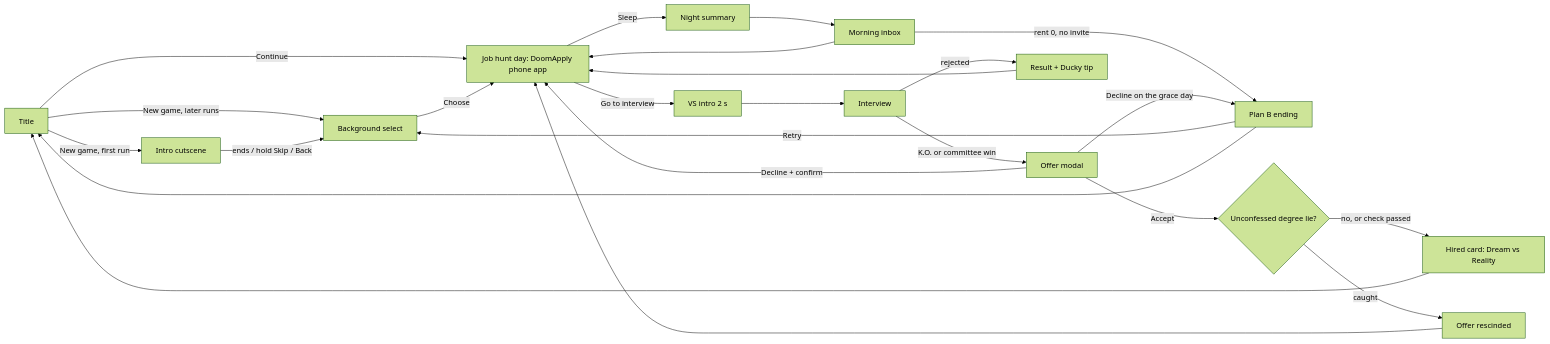
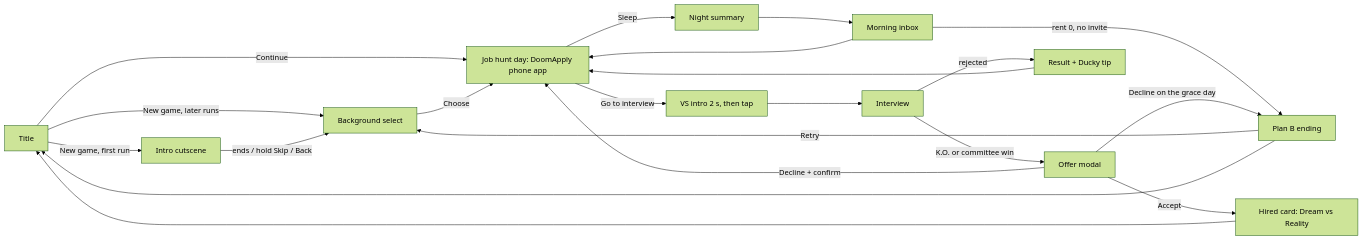
Before and after one commit to Lecoeurdelest/swe-simulator: the diagram in docs/GDD.md, drawn with Mermaid (forest theme). The commit also changed other lines of this file and 26 other files, not shown here.

Commit message:
docs: sync GDD, CONTENT, ARCHITECTURE and ROADMAP with D9-D12; decisions, review queue, tracking

````diff
--- a/docs/GDD.md
+++ b/docs/GDD.md
@@ -365,21 +364,19 @@
 ```mermaid
 flowchart LR
   T[Title] -->|New game, first run| I[Intro cutscene]
   T -->|New game, later runs| B[Background select]
   T -->|Continue| H
   I -->|ends / hold Skip / Back| B
   B -->|Choose| H[Job hunt day: DoomApply phone app]
   H -->|Sleep| N[Night summary] --> M[Morning inbox] --> H
   M -->|rent 0, no invite| P[Plan B ending]
-  H -->|Go to interview| V[VS intro 2 s] --> IV[Interview]
+  H -->|Go to interview| V[VS intro 2 s, then tap] --> IV[Interview]
   IV -->|K.O. or committee win| O[Offer modal]
   IV -->|rejected| R[Result + Ducky tip] --> H
-  O -->|Accept| BC{Unconfessed degree lie?}
-  BC -->|no, or check passed| W[Hired card: Dream vs Reality]
-  BC -->|caught| RS[Offer rescinded] --> H
+  O -->|Accept| W[Hired card: Dream vs Reality]
   O -->|Decline + confirm| H
   O -->|Decline on the grace day| P
   W --> T
   P -->|Retry| B
   P --> T
 ```
````
